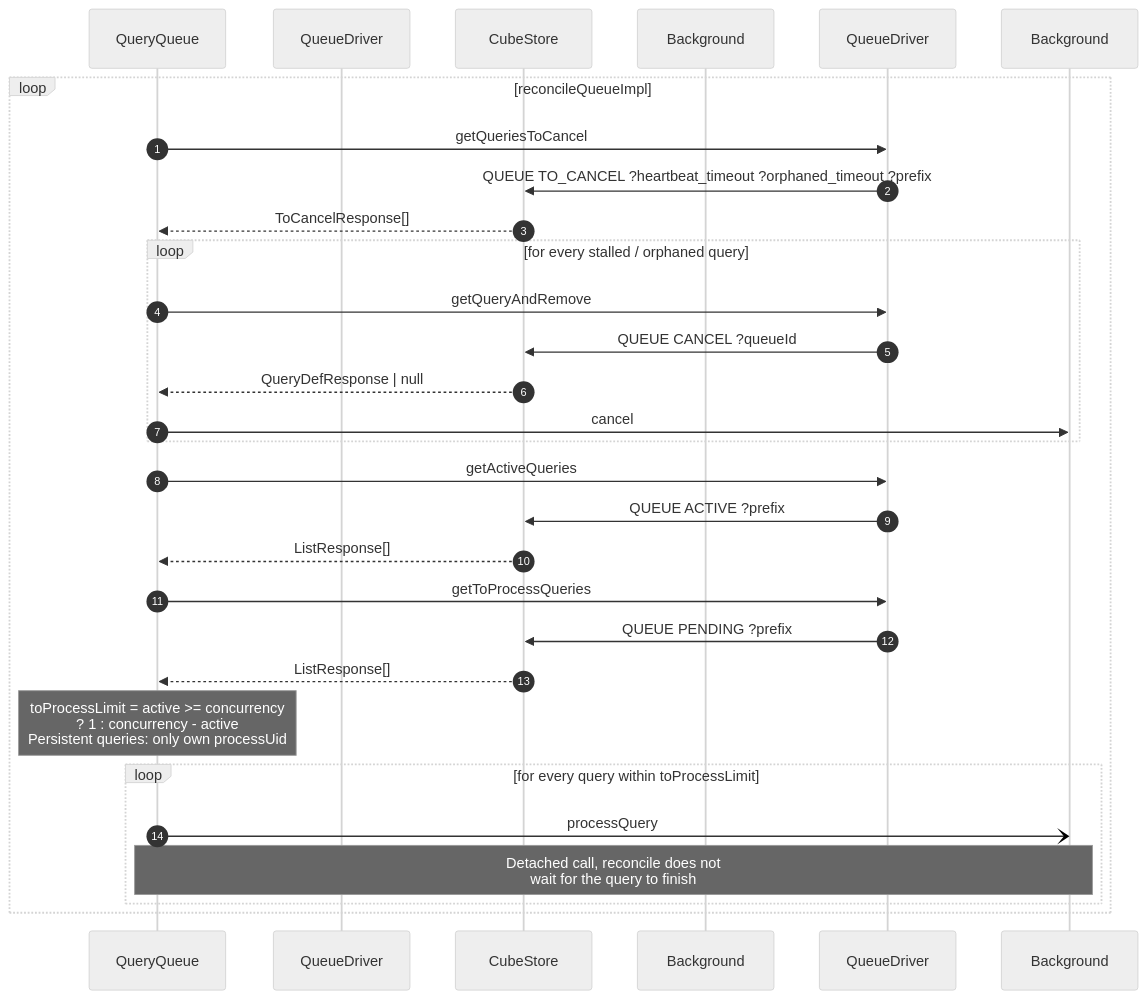
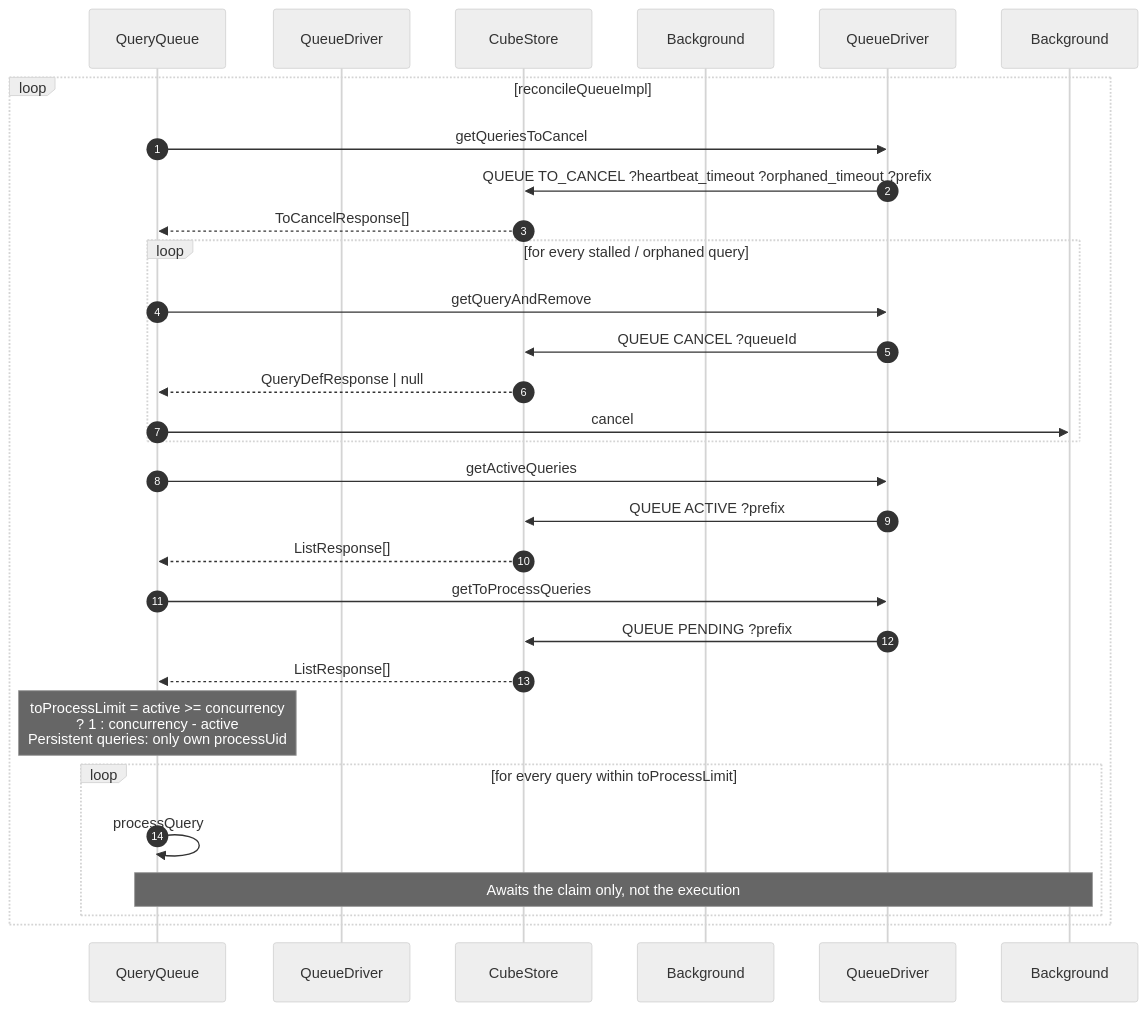
Before and after one commit to cube-js/cube: the second of 4 diagrams in packages/cubejs-query-orchestrator/DEVELOPMENT.md, drawn with Mermaid (neutral theme). The commit also changed other lines of this file and 2 other files, not shown here.

````diff
--- a/packages/cubejs-query-orchestrator/DEVELOPMENT.md
+++ b/packages/cubejs-query-orchestrator/DEVELOPMENT.md
@@ -141,36 +145,36 @@
 ```mermaid
 sequenceDiagram
     autonumber
     participant QueryQueue
     participant QueueDriverInterface as QueueDriver
     participant CubeStore
     participant BackgroundQueryQueue as Background
 
     loop reconcileQueueImpl
         QueryQueue->>QueueDriver: getQueriesToCancel
         QueueDriver->>CubeStore: QUEUE TO_CANCEL ?heartbeat_timeout ?orphaned_timeout ?prefix
         CubeStore-->>QueryQueue: ToCancelResponse[]
 
         loop for every stalled / orphaned query
             QueryQueue->>QueueDriver: getQueryAndRemove
             QueueDriver->>CubeStore: QUEUE CANCEL ?queueId
             CubeStore-->>QueryQueue: QueryDefResponse | null
             QueryQueue->>Background: cancel
         end
 
         QueryQueue->>QueueDriver: getActiveQueries
         QueueDriver->>CubeStore: QUEUE ACTIVE ?prefix
         CubeStore-->>QueryQueue: ListResponse[]
 
         QueryQueue->>QueueDriver: getToProcessQueries
         QueueDriver->>CubeStore: QUEUE PENDING ?prefix
         CubeStore-->>QueryQueue: ListResponse[]
 
         Note over QueryQueue: toProcessLimit = active >= concurrency<br/>? 1 : concurrency - active<br/>Persistent queries: only own processUid
 
         loop for every query within toProcessLimit
-            QueryQueue-)Background: processQuery
-            Note over QueryQueue,Background: Detached call, reconcile does not<br/>wait for the query to finish
+            QueryQueue->>QueryQueue: processQuery
+            Note over QueryQueue,Background: Awaits the claim only, not the execution
         end
     end
 ```
````
